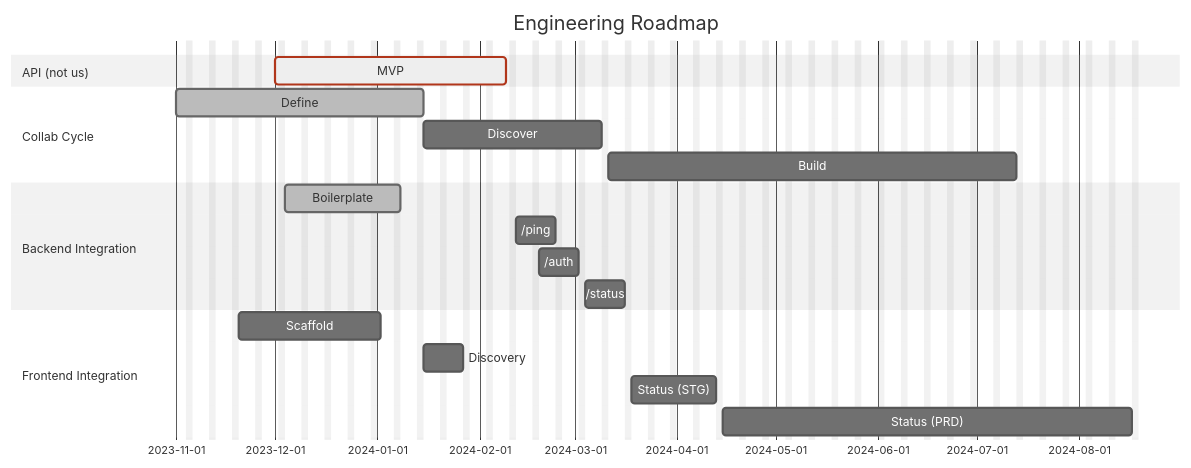
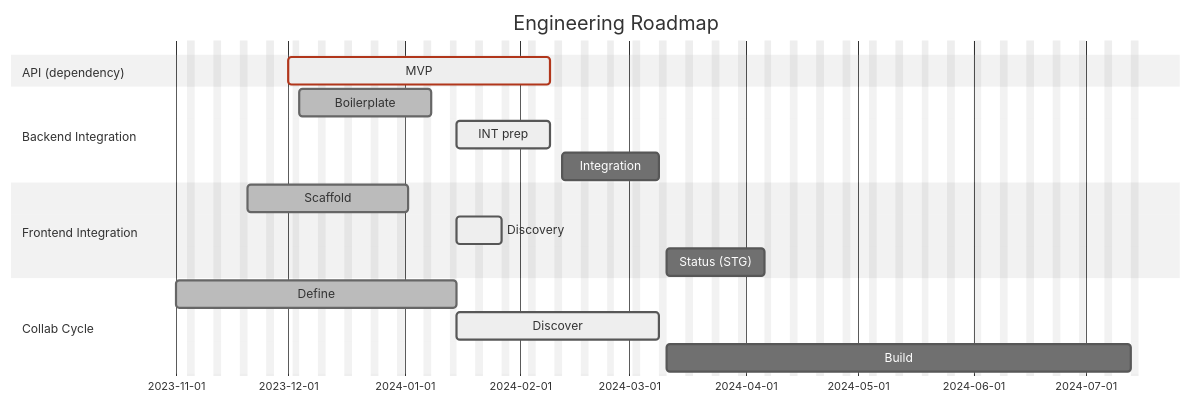
Before and after one commit to department-of-veterans-affairs/va.gov-team: the diagram in products/health-care/beneficiary-travel/engineering/eng-roadmap.md, drawn with Mermaid.

````diff
--- a/products/health-care/beneficiary-travel/engineering/eng-roadmap.md
+++ b/products/health-care/beneficiary-travel/engineering/eng-roadmap.md
@@ -3,37 +3,36 @@
 ```mermaid
 %%{
   init: {
     "theme": "neutral",
     "fontFamily": "monospace",
     "gantt": {
         "barHeight": 25,
-        "leftPadding": 150
+        "leftPadding": 150,
+        "weekday": "monday"
     }
   }
 }%%
 
 gantt
     %% A week is 5 days
     %% A sprint is 10 days
 
     title Engineering Roadmap
     dateFormat YYYY-MM-DD
     excludes weekends
 
-    section API (not us)
+    section API (dependency)
         MVP    :crit, active, api-mvp, 2023-12-01, 2024-02-09
-    section Collab Cycle
-        Define    :done, cc-def, 2023-11-01, 2024-01-15
-        Discover  :cc-disc, 2024-01-15, 40d
-        Build     :cc-build, after cc-disc, 90d
     section Backend Integration
         Boilerplate :done, bplate, 2023-12-04, 2024-01-08
-        /ping    :ping, 2024-02-12, 10d
-        /auth    :auth, 2024-02-19, 10d
-        /status  :sts-be, after auth, 10d
+        INT prep    :active, int-be-prep, 2024-01-15, 2024-02-09
+        Integration :int-be, 2024-02-12, 20d
     section Frontend Integration
-        Scaffold        :scaff, 2023-11-20, 2024-01-02
-        Discovery       :disc, 2024-01-15, 10d
-        Status (STG)    :sts-fe-stg, after sts-be, 20d
-        Status (PRD)    :sts-fe-prd, after sts-fe-stg, 90d
+        Scaffold        :done, scaff, 2023-11-20, 2024-01-02
+        Discovery       :active, disc, 2024-01-15, 10d
+        Status (STG)    :sts-fe-stg, after int-be, 20d
+ section Collab Cycle
+        Define    :done, cc-def, 2023-11-01, 2024-01-15
+        Discover  :active, cc-disc, 2024-01-15, 40d
+        Build     :cc-build, after cc-disc, 90d
 ```
````
